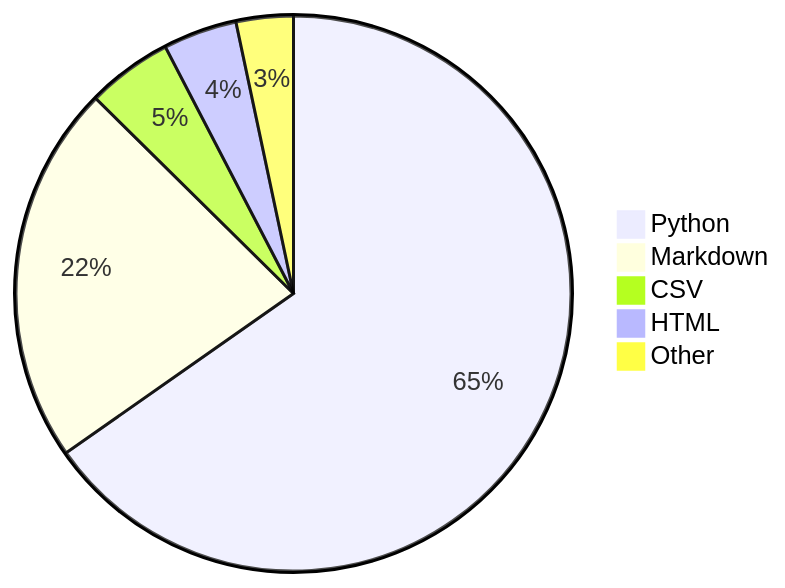
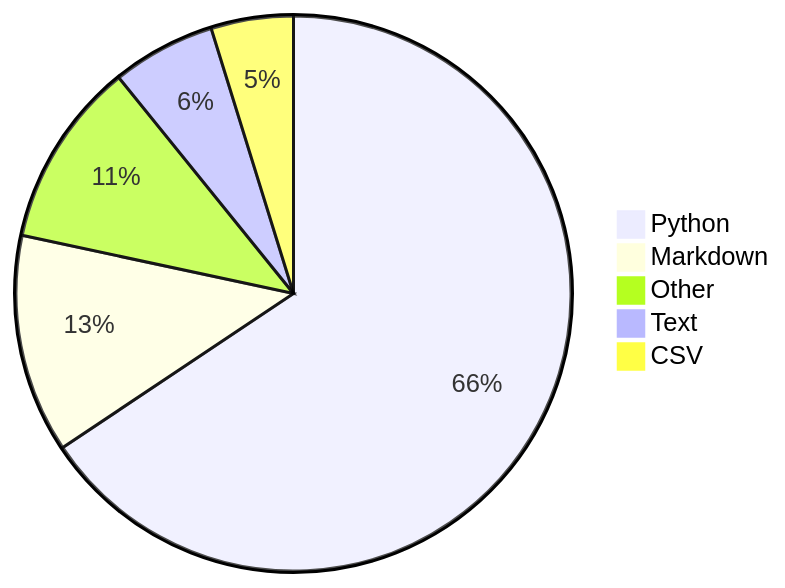
Before and after one commit to Alicia111/alicia111: the diagram in README.md, drawn with Mermaid.

Commit message:
Update WakaTime stats (・ω・)b

````diff
--- a/README.md
+++ b/README.md
@@ -32,8 +32,8 @@
 ```mermaid
 pie
-    "Python" : 63.58
-    "Markdown" : 21.55
-    "CSV" : 4.85
-    "HTML" : 4.19
-    "Other" : 3.24
+    "Python" : 65.06
+    "Markdown" : 12.62
+    "Other" : 10.72
+    "Text" : 5.98
+    "CSV" : 4.75
 ```
````
